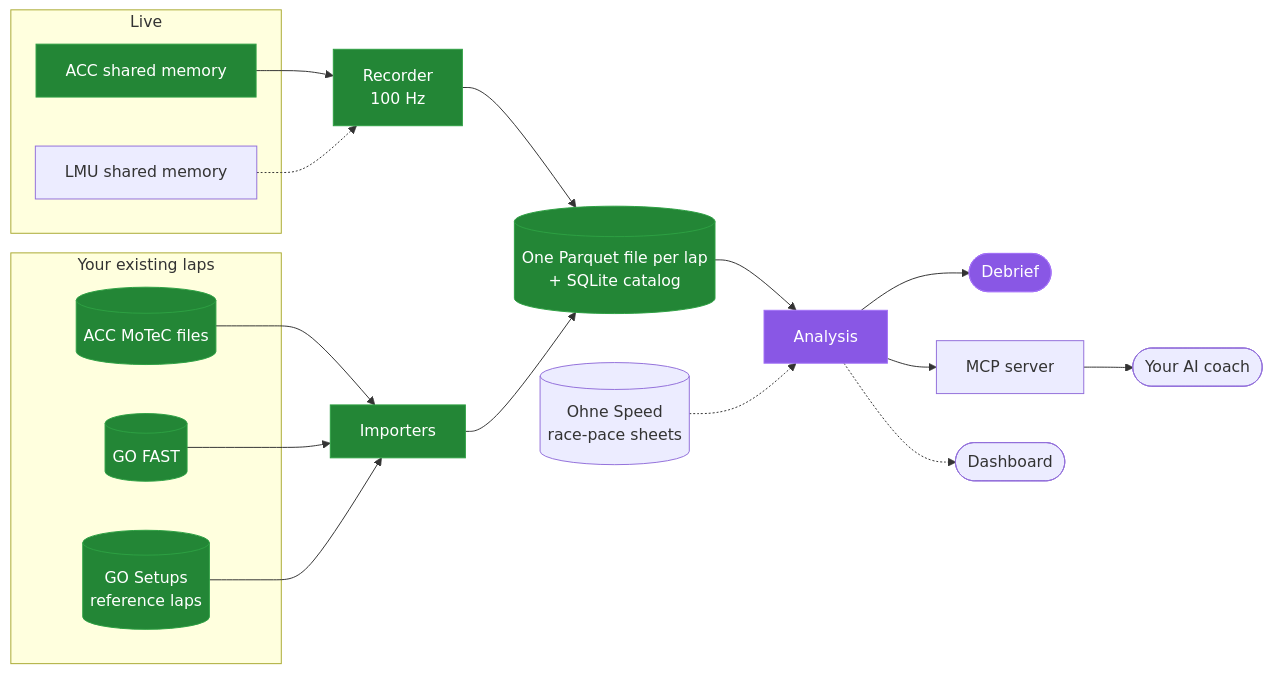
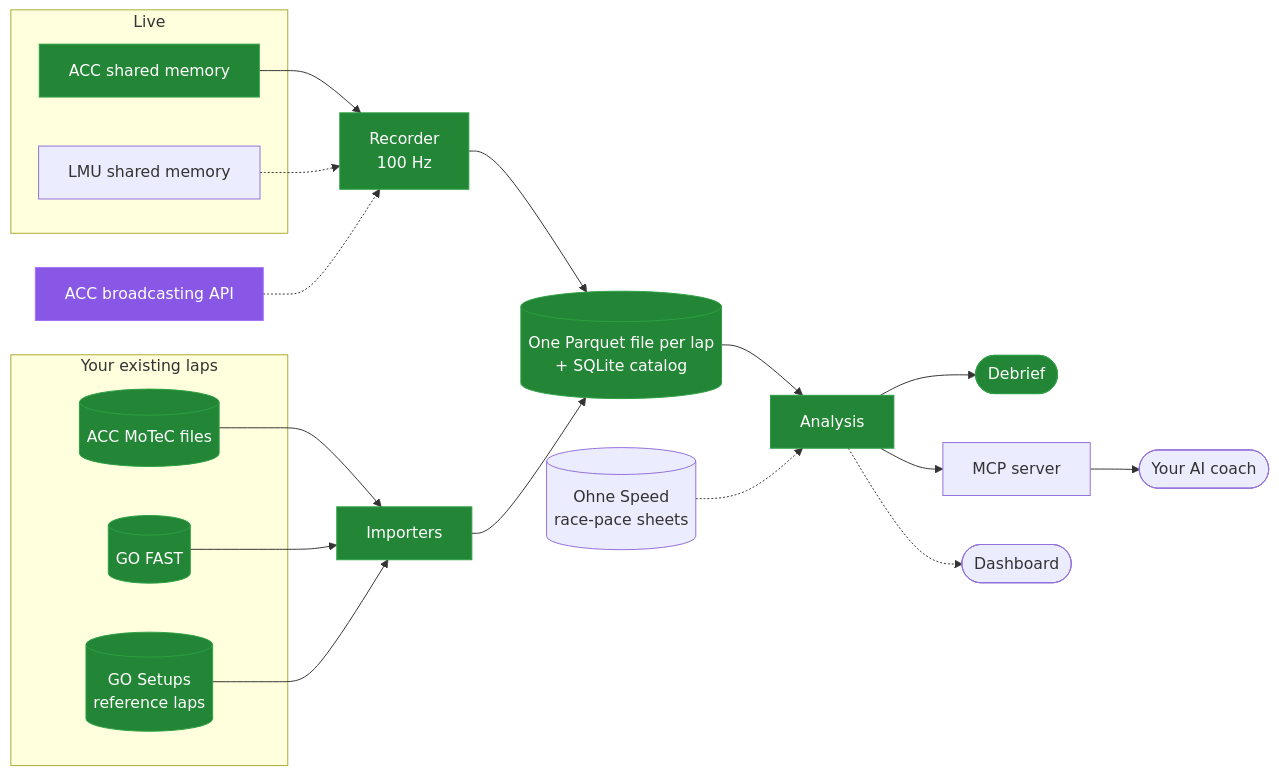
The diagram in README.md (JakeHRobinson/Pitwall-info), drawn with Mermaid before and after one commit. The commit also changed other lines of this file, not shown here.

````diff
--- a/README.md
+++ b/README.md
@@ -98,29 +118,31 @@
 ```mermaid
 flowchart LR
   subgraph live [Live]
     ACC[ACC shared memory]
     LMU[LMU shared memory]
   end
   subgraph history [Your existing laps]
     MOTEC[(ACC MoTeC files)]
     GOF[(GO FAST)]
     REF[(GO Setups<br/>reference laps)]
   end
   ACC --> COL[Recorder<br/>100 Hz]
+  BRD[ACC broadcasting API] -.-> COL
   LMU -.-> COL
   MOTEC --> IMP[Importers]
   GOF --> IMP
   REF --> IMP
   COL --> STORE[(One Parquet file per lap<br/>+ SQLite catalog)]
   IMP --> STORE
   STORE --> ANA[Analysis]
   PACE[(Ohne Speed<br/>race-pace sheets)] -.-> ANA
   ANA --> DEB([Debrief])
   ANA --> MCP[MCP server] --> AI([Your AI coach])
   ANA -.-> UI([Dashboard])
 
   classDef done fill:#238636,stroke:#2ea043,color:#fff
   classDef building fill:#8957e5,stroke:#a371f7,color:#fff
   class ACC,COL,STORE,MOTEC,GOF,REF,IMP done
-  class ANA,DEB building
+  class ANA,DEB done
+  class BRD building
 ```
````
